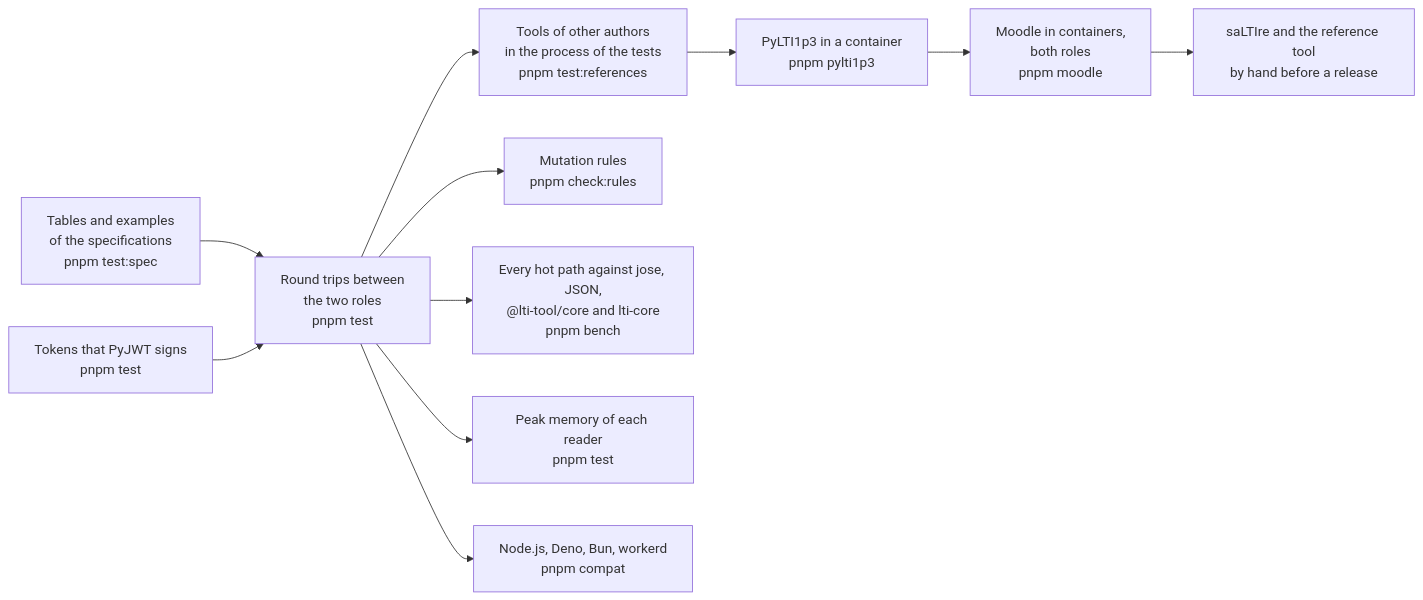
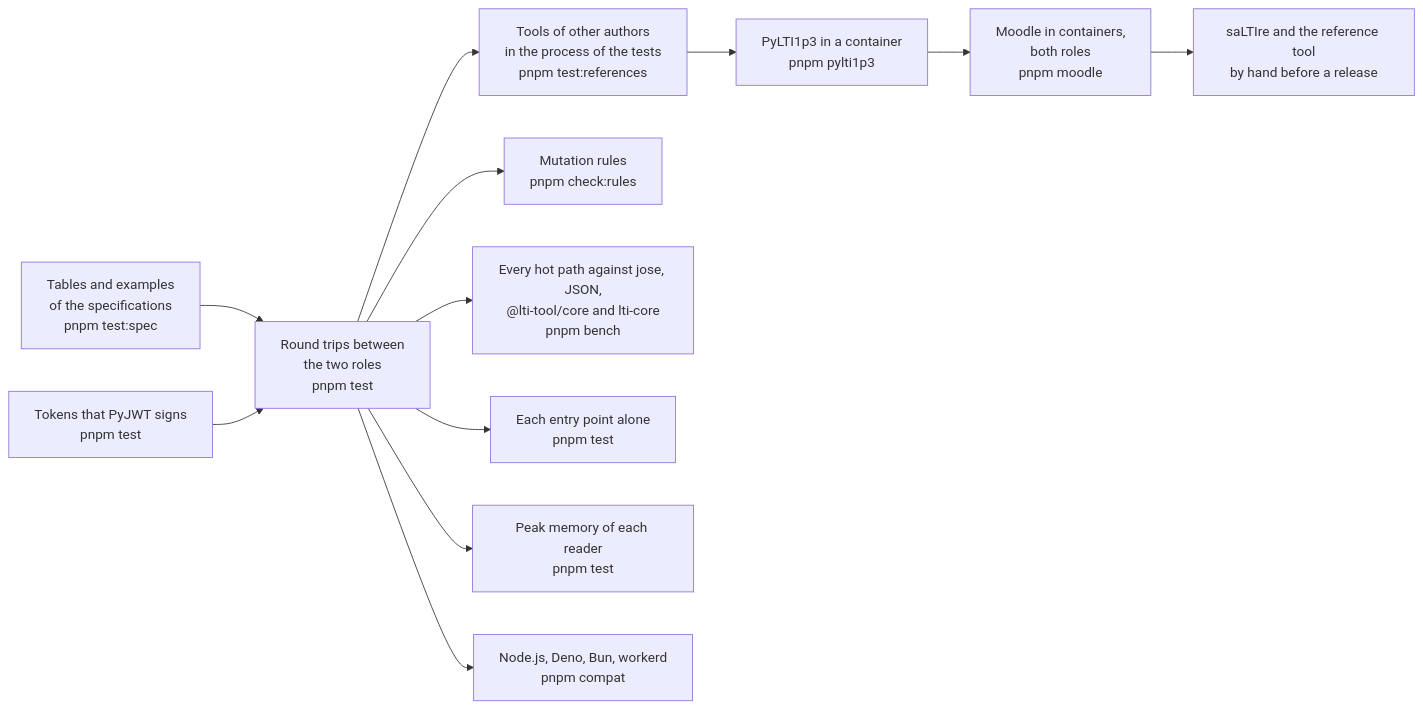
One commit to interopkit/interopkit changed the diagram in docs/tool-integration/evidence.md. Above: the diagram before and after it, drawn with Mermaid. The commit also changed other lines of this file and 1 other file, not shown here.

First line of the commit message:
Bundle each entry point of tool-integration alone, under a budget of its size and its modules

````diff
--- a/docs/tool-integration/evidence.md
+++ b/docs/tool-integration/evidence.md
@@ -8,13 +8,14 @@
 ```mermaid
 flowchart LR
   spec["Tables and examples<br/>of the specifications<br/>pnpm test:spec"] --> trip["Round trips between<br/>the two roles<br/>pnpm test"]
   tokens["Tokens that PyJWT signs<br/>pnpm test"] --> trip
   trip --> process["Tools of other authors<br/>in the process of the tests<br/>pnpm test:references"]
   process --> py["PyLTI1p3 in a container<br/>pnpm pylti1p3"]
   py --> moodle["Moodle in containers,<br/>both roles<br/>pnpm moodle"]
   moodle --> hand["saLTIre and the reference tool<br/>by hand before a release"]
   trip --> rules["Mutation rules<br/>pnpm check:rules"]
   trip --> speed["Every hot path against jose, JSON,<br/>@lti-tool/core and lti-core<br/>pnpm bench"]
+  trip --> size["Each entry point alone<br/>pnpm test"]
   trip --> memory["Peak memory of each reader<br/>pnpm test"]
   trip --> runtimes["Node.js, Deno, Bun, workerd<br/>pnpm compat"]
 ```
````
